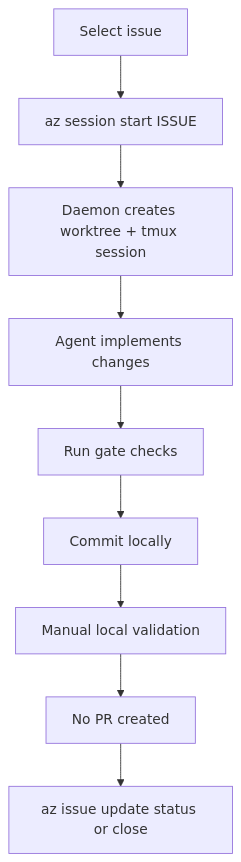
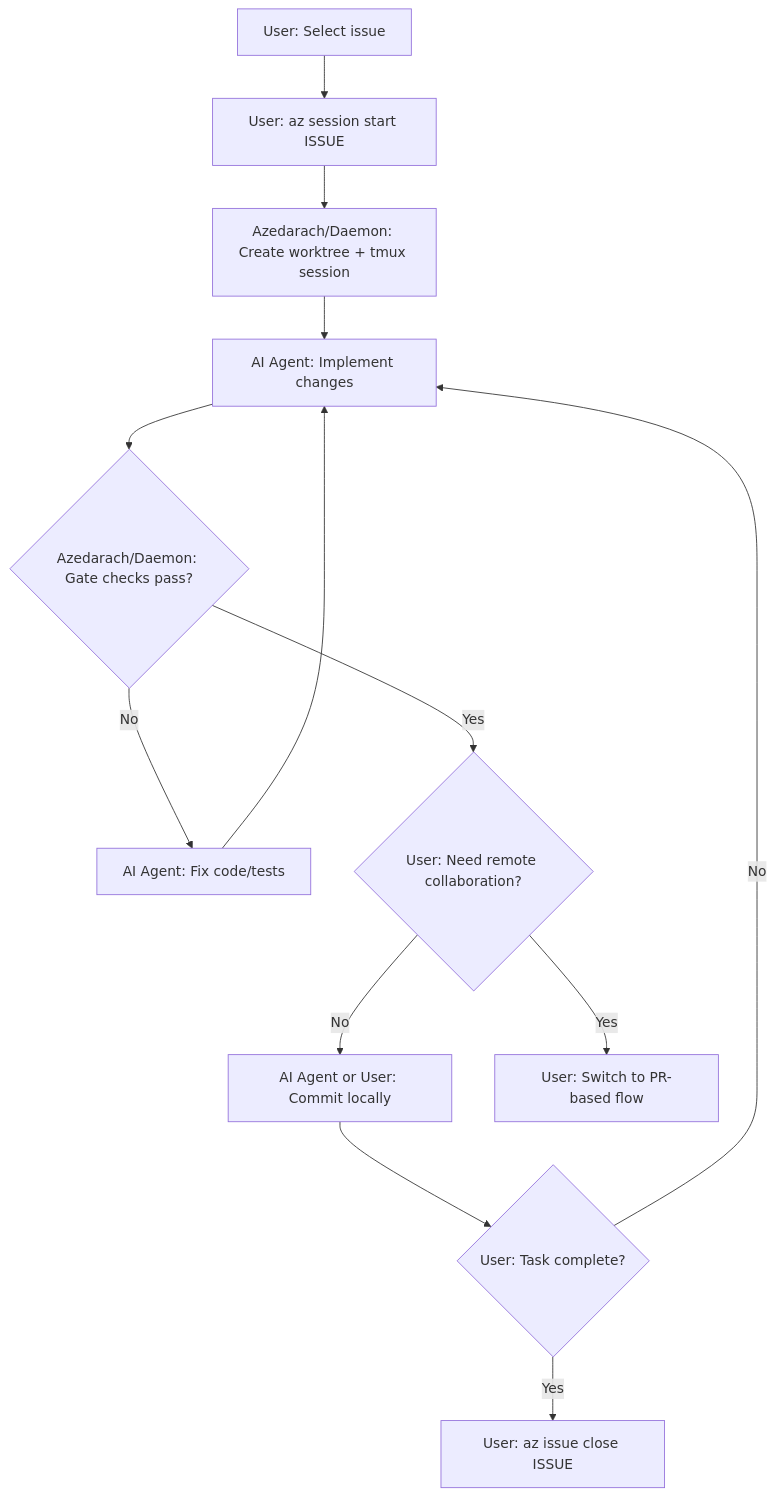
The fourth of 6 diagrams in README.md (riordanpawley/azedarach), drawn with Mermaid before and after one commit. The commit also changed other lines of this file, not shown here.

Commit message:
docs: improve README architecture and workflow diagrams

````diff
--- a/README.md
+++ b/README.md
@@ -158,11 +165,15 @@
 ```mermaid
 flowchart TD
-  A[Select issue] --> B[az session start ISSUE]
-  B --> C[Daemon creates worktree + tmux session]
-  C --> D[Agent implements changes]
-  D --> E[Run gate checks]
-  E --> F[Commit locally]
-  F --> G[Manual local validation]
-  G --> H[No PR created]
-  H --> I[az issue update status or close]
+  A[User: Select issue] --> B[User: az session start ISSUE]
+  B --> C[Azedarach/Daemon: Create worktree + tmux session]
+  C --> D[AI Agent: Implement changes]
+  D --> E{Azedarach/Daemon: Gate checks pass?}
+  E -->|No| F[AI Agent: Fix code/tests]
+  F --> D
+  E -->|Yes| G{User: Need remote collaboration?}
+  G -->|No| H[AI Agent or User: Commit locally]
+  H --> I{User: Task complete?}
+  I -->|No| D
+  I -->|Yes| J[User: az issue close ISSUE]
+  G -->|Yes| K[User: Switch to PR-based flow]
 ```
````
